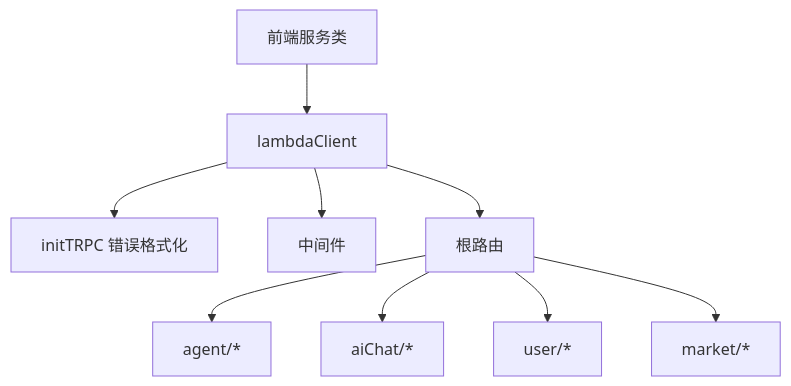
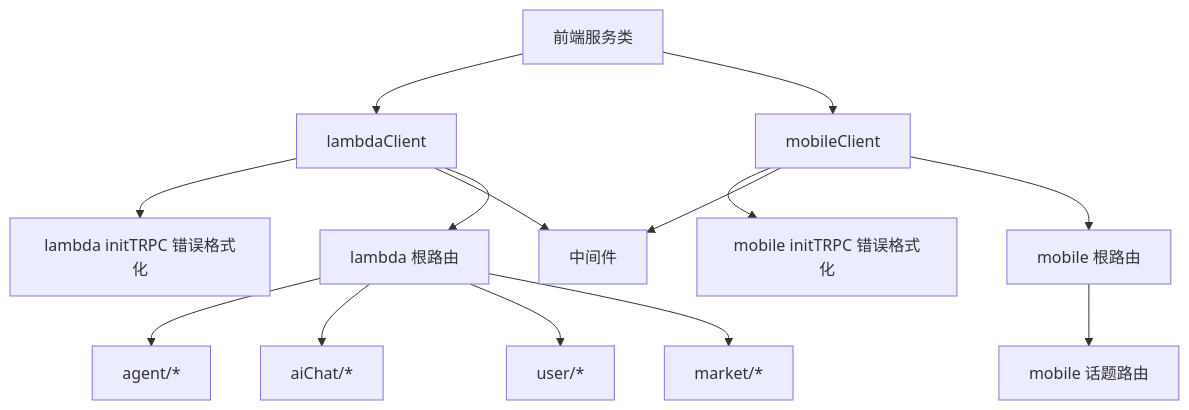
Before and after one commit to AvatoLabs/avato: diagram 12 of 12 in .qoder/repowiki/zh/content/核心功能模块/API 服务层.md, drawn with Mermaid. The commit also changed other lines of this file and 50 other files, not shown here.

````diff
--- a/.qoder/repowiki/zh/content/核心功能模块/API 服务层.md
+++ b/.qoder/repowiki/zh/content/核心功能模块/API 服务层.md
@@ -360,11 +541,16 @@
 ```mermaid
 graph TB
 SVC["前端服务类"] --> LC["lambdaClient"]
-LC --> INIT["initTRPC 错误格式化"]
+SVC --> MC["mobileClient"]
+LC --> LAMBDA_INIT["lambda initTRPC 错误格式化"]
+MC --> MOBILE_INIT["mobile initTRPC 错误格式化"]
 LC --> MW["中间件"]
-LC --> RR["根路由"]
-RR --> AG["agent/*"]
-RR --> AI["aiChat/*"]
-RR --> US["user/*"]
-RR --> MK["market/*"]
+MC --> MW
+LC --> LAMBDA_RR["lambda 根路由"]
+MC --> MOBILE_RR["mobile 根路由"]
+MOBILE_RR --> MOBILE_TOPIC["mobile 话题路由"]
+LAMBDA_RR --> AG["agent/*"]
+LAMBDA_RR --> AI["aiChat/*"]
+LAMBDA_RR --> US["user/*"]
+LAMBDA_RR --> MK["market/*"]
 ```
````
